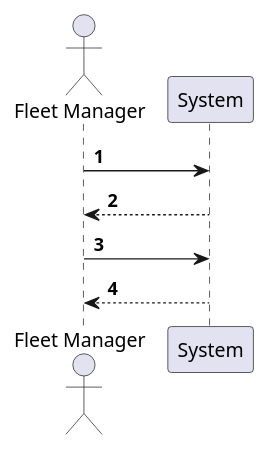
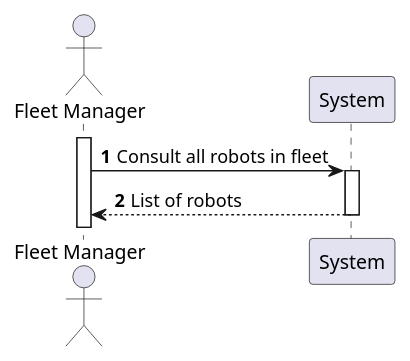
The diagram in Visualization/docs/US_1030/Diagrams/Level1/ProcessView.puml (Pedro-Pereira1/sem5pi_23_24_g056_Visualization), drawn with PlantUML before and after one commit. The commit also changed other lines of this file and 12 other files, not shown here.

Commit message:
Added last diagrams and created readme file for US1030

```diff
--- a/Visualization/docs/US_1030/Diagrams/Level1/ProcessView.puml
+++ b/Visualization/docs/US_1030/Diagrams/Level1/ProcessView.puml
@@ -1,12 +1,13 @@
 @startuml
 
 autonumber
-actor "Fleet Manager" as CM
+actor "Fleet Manager" as FM
 
-CM -> System: 
-System --> CM: 
-CM -> System: 
-CM <-- System: 
+activate FM
+FM -> System: Consult all robots in fleet
+activate System
+System --> FM: List of robots
+deactivate System
 
 
 @enduml
```
